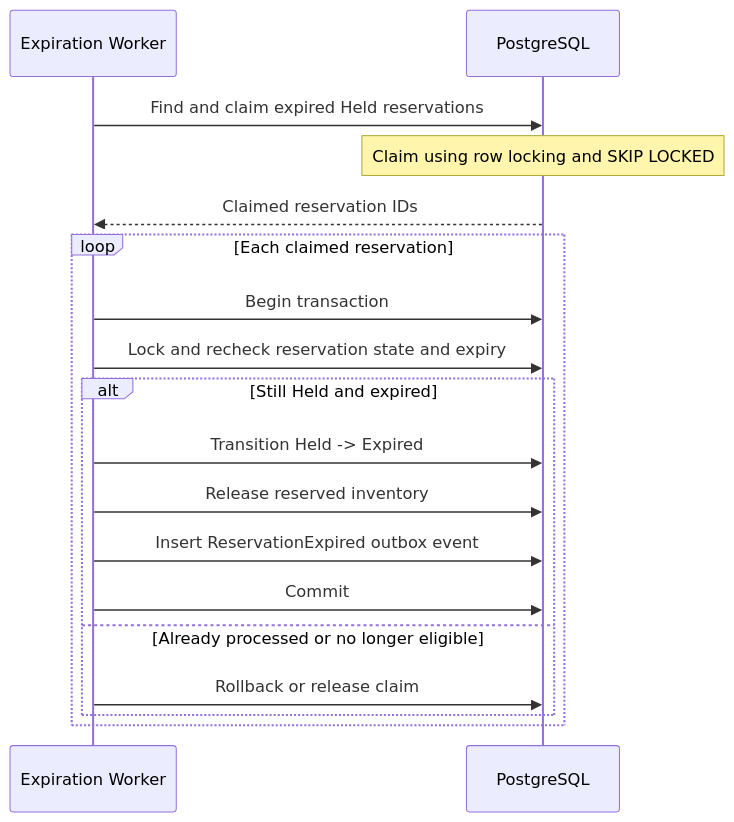
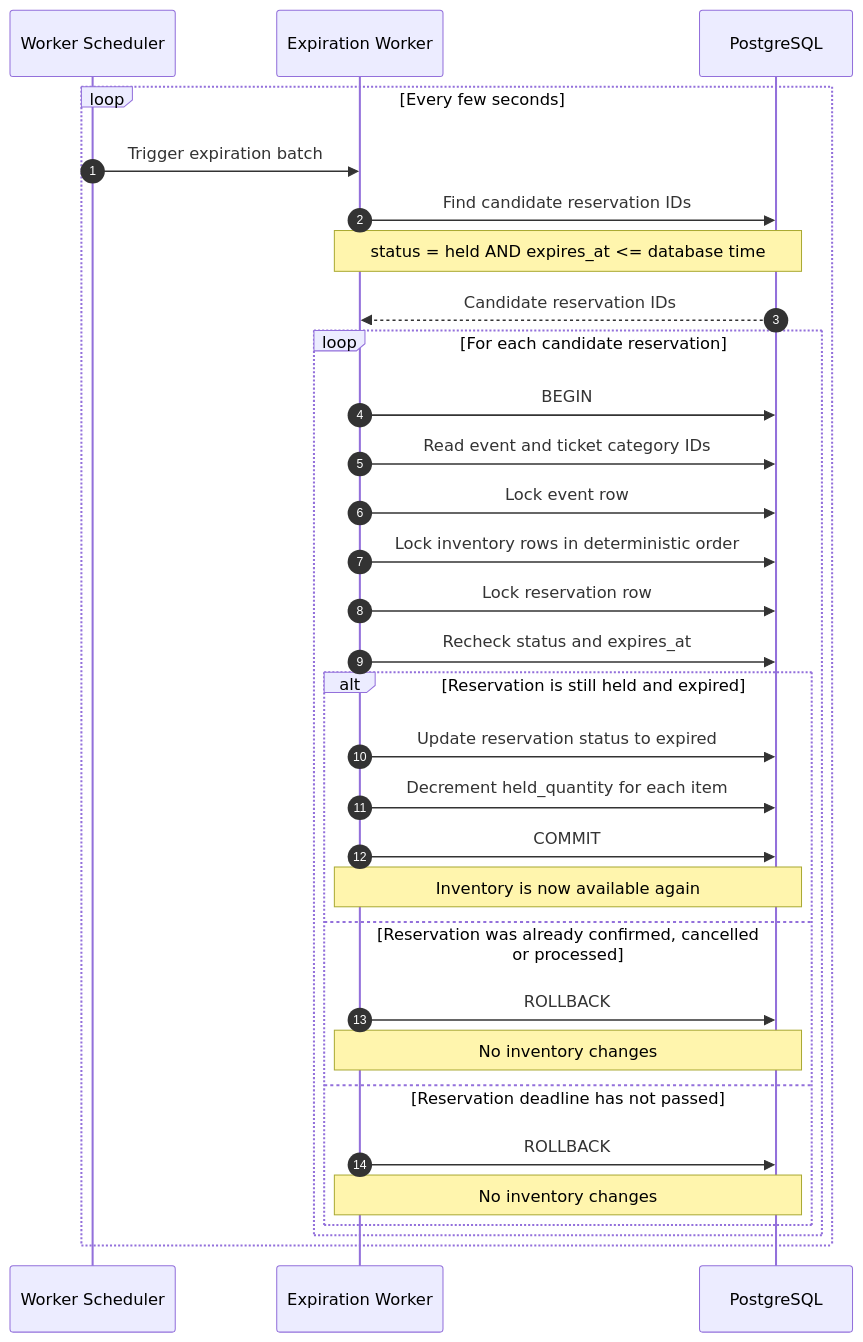
Before and after one commit to Punith1117/ticket-forge: diagram 12 of 15 in docs/sequence-diagrams.md, drawn with Mermaid. The commit also changed other lines of this file and 1 other file, not shown here.

Commit message:
docs(diagrams): update state and sequence diagrams

````diff
--- a/docs/sequence-diagrams.md
+++ b/docs/sequence-diagrams.md
@@ -473,24 +550,41 @@
 ```mermaid
 sequenceDiagram
-    participant W as Expiration Worker
+    autonumber
+
+    participant Scheduler as Worker Scheduler
+    participant Worker as Expiration Worker
     participant DB as PostgreSQL
 
-    W->>DB: Find and claim expired Held reservations
-    Note over DB: Claim using row locking and SKIP LOCKED
-    DB-->>W: Claimed reservation IDs
+    loop Every few seconds
+        Scheduler->>Worker: Trigger expiration batch
 
-    loop Each claimed reservation
-        W->>DB: Begin transaction
-        W->>DB: Lock and recheck reservation state and expiry
+        Worker->>DB: Find candidate reservation IDs
+        Note over Worker,DB: status = held AND expires_at <= database time
 
-        alt Still Held and expired
-            W->>DB: Transition Held -> Expired
-            W->>DB: Release reserved inventory
-            W->>DB: Insert ReservationExpired outbox event
-            W->>DB: Commit
+        DB-->>Worker: Candidate reservation IDs
 
-        else Already processed or no longer eligible
-            W->>DB: Rollback or release claim
+        loop For each candidate reservation
+            Worker->>DB: BEGIN
+
+            Worker->>DB: Read event and ticket category IDs
+            Worker->>DB: Lock event row
+            Worker->>DB: Lock inventory rows in deterministic order
+            Worker->>DB: Lock reservation row
+
+            Worker->>DB: Recheck status and expires_at
+
+            alt Reservation is still held and expired
+                Worker->>DB: Update reservation status to expired
+                Worker->>DB: Decrement held_quantity for each item
+                Worker->>DB: COMMIT
+                Note over Worker,DB: Inventory is now available again
+            else Reservation was already confirmed, cancelled or processed
+                Worker->>DB: ROLLBACK
+                Note over Worker,DB: No inventory changes
+            else Reservation deadline has not passed
+                Worker->>DB: ROLLBACK
+                Note over Worker,DB: No inventory changes
+            end
         end
     end
 ```
````
